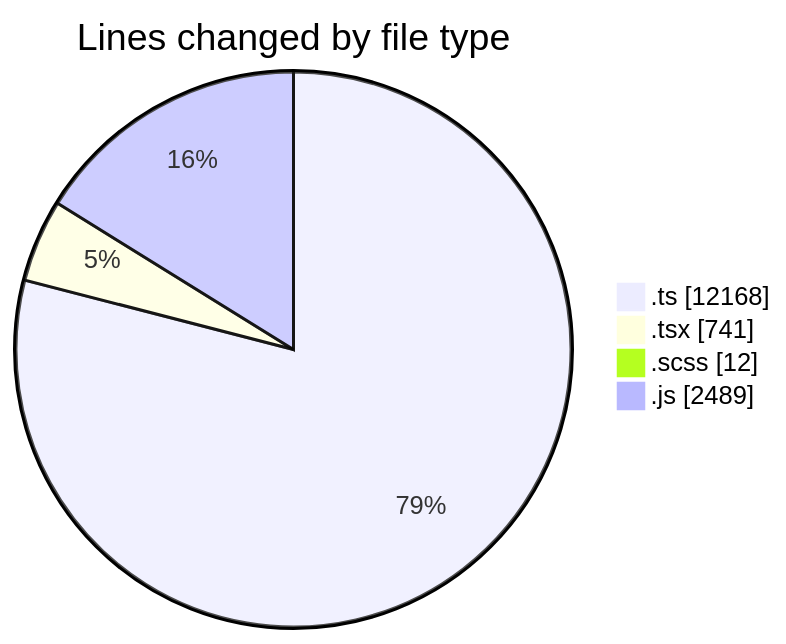
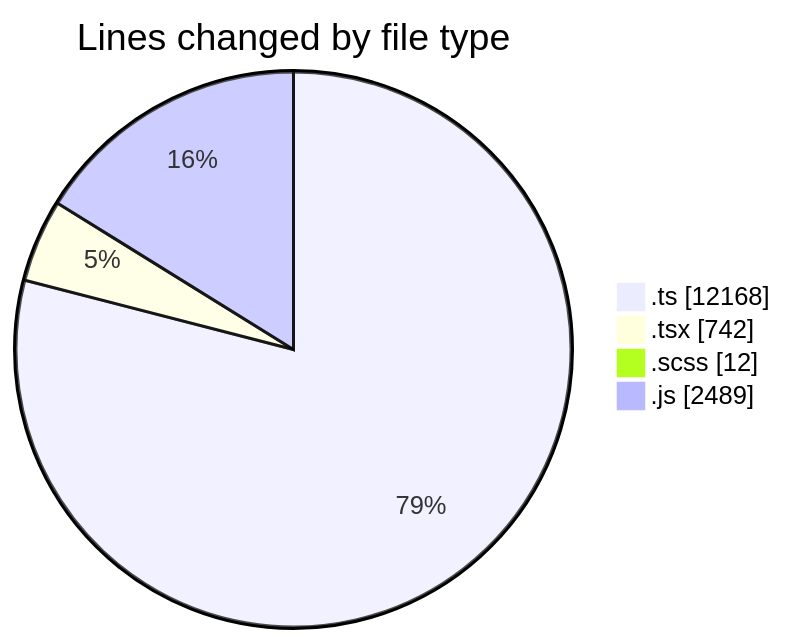
One commit to momahboobian/code-tracking changed the first of 2 diagrams in 2026-03-17/cda/README.md. Above: the diagram before and after it, drawn with Mermaid. The commit also changed other lines of this file and 1 other file, not shown here.

````diff
--- a/2026-03-17/cda/README.md
+++ b/2026-03-17/cda/README.md
@@ -39,8 +39,8 @@
 ```mermaid
 pie showData
 title Lines changed by file type
 ".ts" : 12168
-".tsx" : 741
+".tsx" : 742
 ".scss" : 12
 ".js" : 2489
 ```
````
